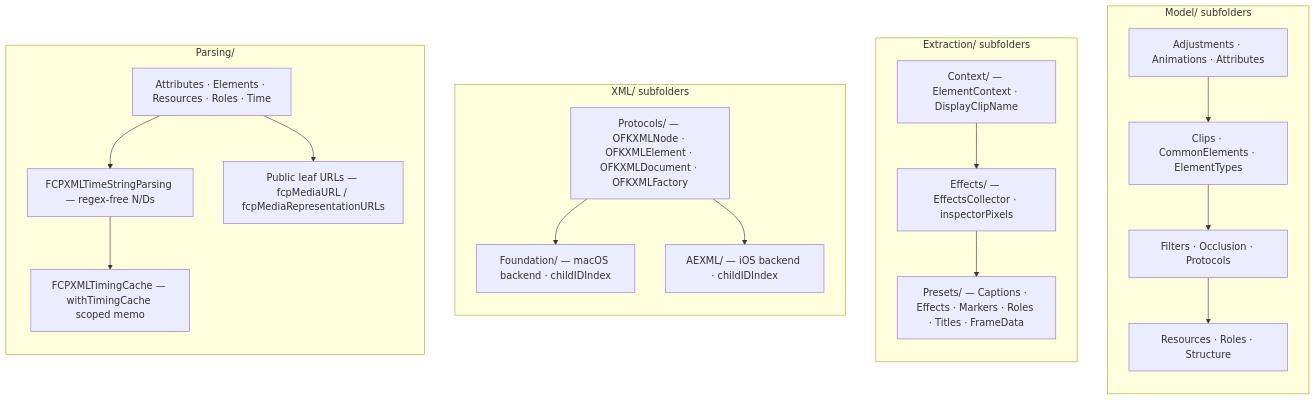
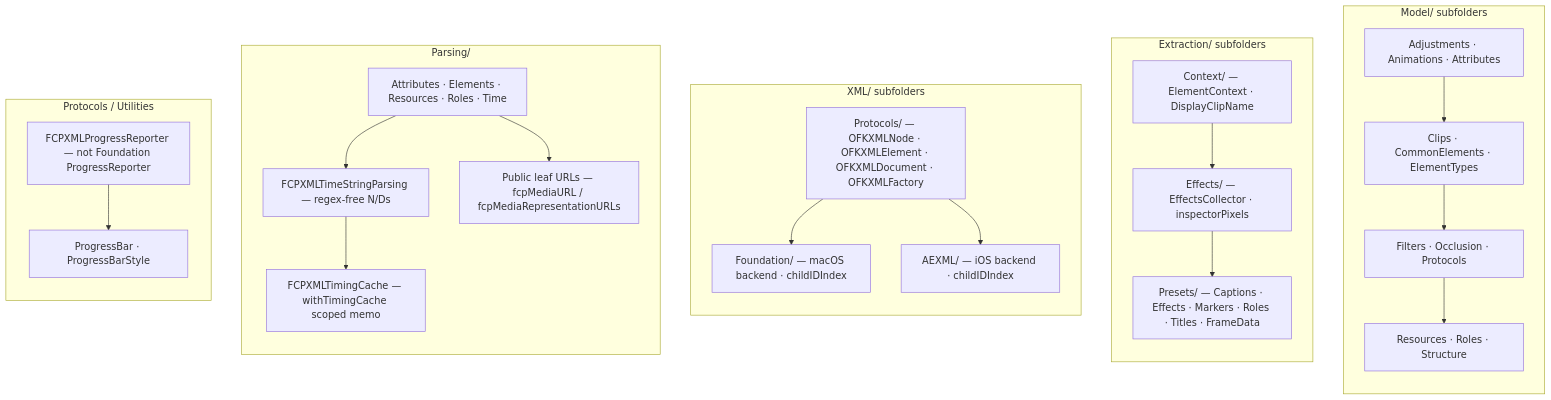
Before and after one commit to TheAcharya/OpenFCPXMLKit: the sixth of 6 diagrams in ARCHITECTURE.md, drawn with Mermaid. The commit also changed other lines of this file and 18 other files, not shown here.

First line of the commit message:
Sync FCPXMLProgressReporter and media-processing docs.

````diff
--- a/ARCHITECTURE.md
+++ b/ARCHITECTURE.md
@@ -405,38 +407,45 @@
 ```mermaid
 flowchart TB
     subgraph MDL_SUB["Model/ subfolders"]
         direction TB
         M1["Adjustments · Animations · Attributes"]
         M2["Clips · CommonElements · ElementTypes"]
         M3["Filters · Occlusion · Protocols"]
         M4["Resources · Roles · Structure"]
         M1 --> M2 --> M3 --> M4
     end
 
     subgraph EXT_SUB["Extraction/ subfolders"]
         direction TB
         E1["Context/ — ElementContext · DisplayClipName"]
         E2["Effects/ — EffectsCollector · inspectorPixels"]
         E3["Presets/ — Captions · Effects · Markers · Roles · Titles · FrameData"]
         E1 --> E2 --> E3
     end
 
     subgraph XML_SUB["XML/ subfolders"]
         direction TB
         X1["Protocols/ — OFKXMLNode · OFKXMLElement · OFKXMLDocument · OFKXMLFactory"]
         X2["Foundation/ — macOS backend · childIDIndex"]
         X3["AEXML/ — iOS backend · childIDIndex"]
         X1 --> X2
         X1 --> X3
     end
 
     subgraph PRS_SUB["Parsing/"]
         direction TB
         PS1["Attributes · Elements · Resources · Roles · Time"]
         PS2["FCPXMLTimeStringParsing — regex-free N/Ds"]
         PS3["FCPXMLTimingCache — withTimingCache scoped memo"]
         PS4["Public leaf URLs — fcpMediaURL / fcpMediaRepresentationURLs"]
         PS1 --> PS2 --> PS3
         PS1 --> PS4
     end
+
+    subgraph PRG_SUB["Protocols / Utilities"]
+        direction TB
+        PRG1["FCPXMLProgressReporter — not Foundation ProgressReporter"]
+        PRG2["ProgressBar · ProgressBarStyle"]
+        PRG1 --> PRG2
+    end
 ```
````
